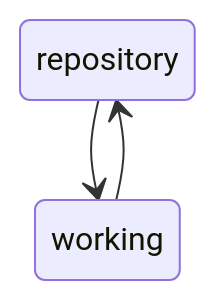
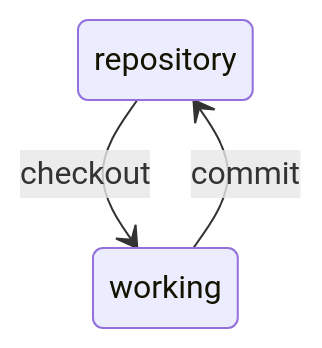
One commit to savvystrider/savvystrider.github.io changed the second of 3 diagrams in docs/what-is-git-architecture.md. Above: the diagram before and after it, drawn with Mermaid. The commit also changed other lines of this file and 3 other files, not shown here.

````diff
--- a/docs/what-is-git-architecture.md
+++ b/docs/what-is-git-architecture.md
@@ -12,5 +12,5 @@
 ``` mermaid
 stateDiagram-v2
-    repository --> working
-    working --> repository
+    repository --> working: checkout
+    working --> repository: commit
 ```
````
